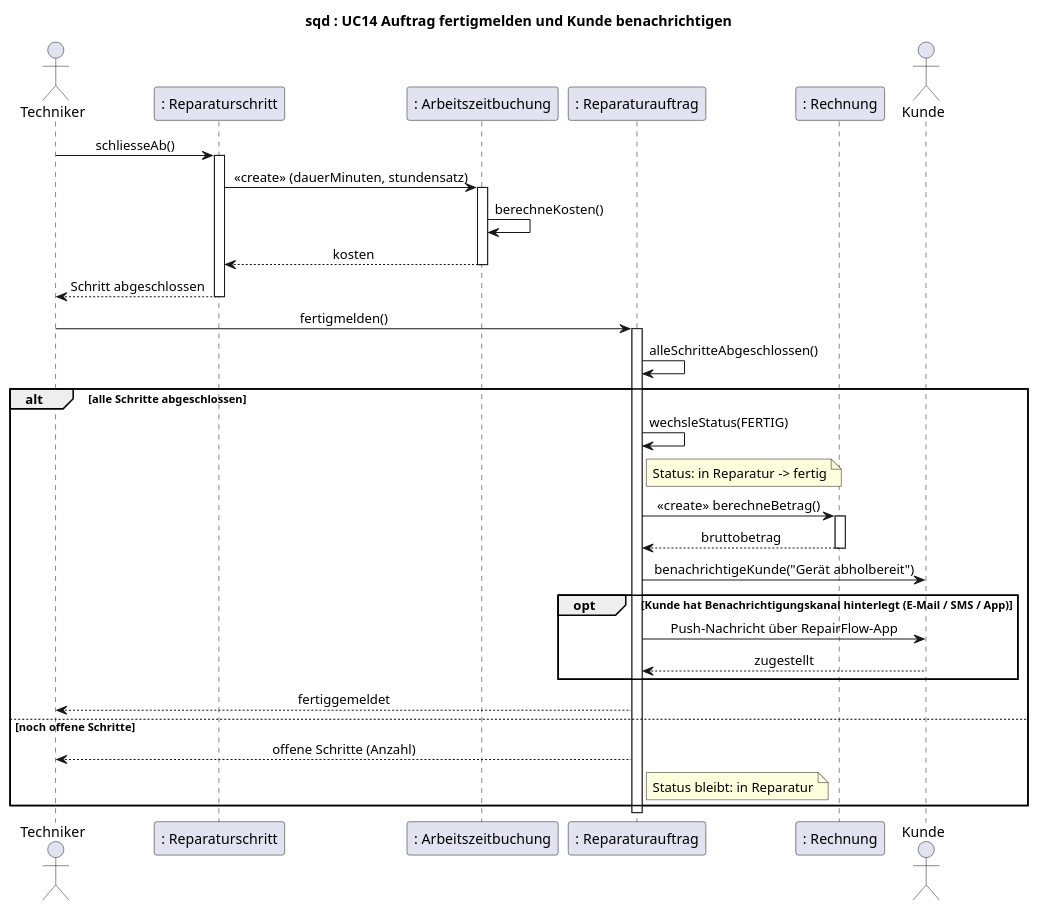
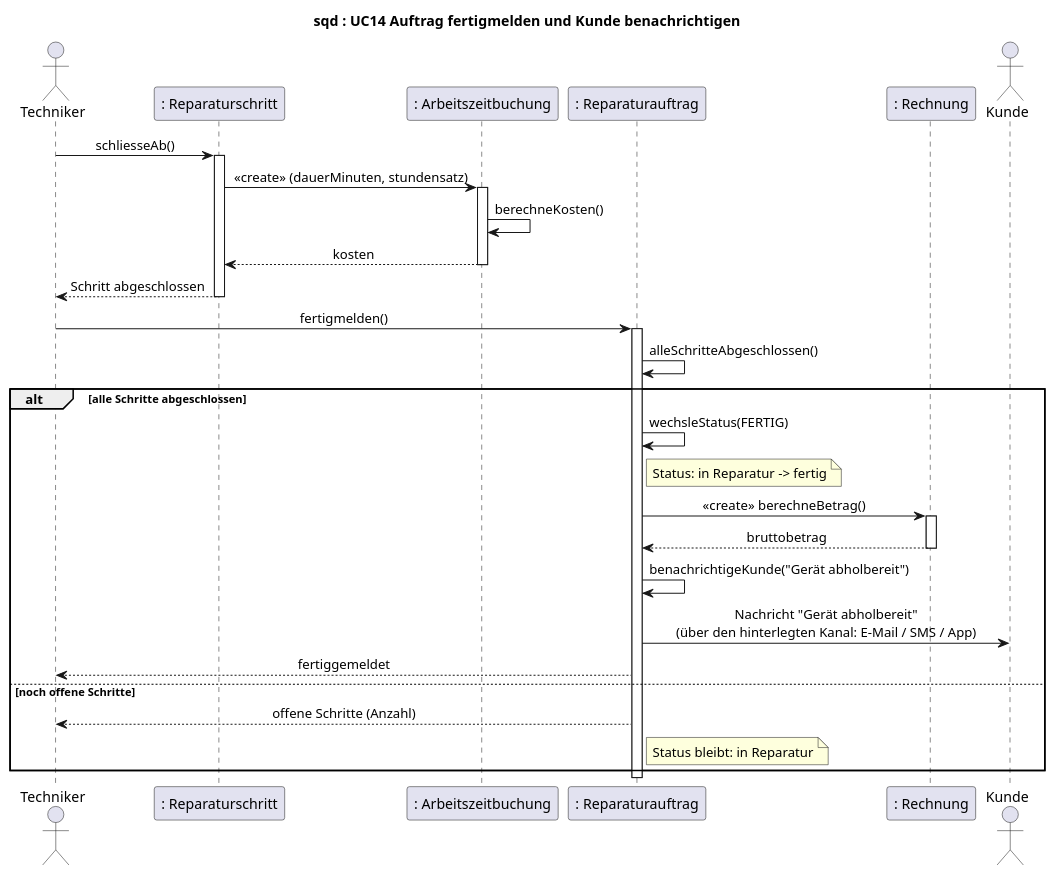
The diagram in uml/sequenz-04-fertigmeldung.puml (jakobschwan123-cmd/casestudy-semester-3), drawn with PlantUML before and after one commit. The commit also changed 72 other files, not shown here.

```diff
--- a/uml/sequenz-04-fertigmeldung.puml
+++ b/uml/sequenz-04-fertigmeldung.puml
@@ -1,43 +1,40 @@
 @startuml
 title sqd : UC14 Auftrag fertigmelden und Kunde benachrichtigen
 skinparam defaultFontName Arial
 skinparam sequenceMessageAlign center
 actor Techniker
 participant ": Reparaturschritt" as RS
 participant ": Arbeitszeitbuchung" as AZB
 participant ": Reparaturauftrag" as RA
 participant ": Rechnung" as RE
 actor Kunde
 
 Techniker -> RS : schliesseAb()
 activate RS
 RS -> AZB : <<create>> (dauerMinuten, stundensatz)
 activate AZB
 AZB -> AZB : berechneKosten()
 AZB --> RS : kosten
 deactivate AZB
 RS --> Techniker : Schritt abgeschlossen
 deactivate RS
 
 Techniker -> RA : fertigmelden()
 activate RA
 RA -> RA : alleSchritteAbgeschlossen()
 alt alle Schritte abgeschlossen
     RA -> RA : wechsleStatus(FERTIG)
     note right of RA : Status: in Reparatur -> fertig
     RA -> RE : <<create>> berechneBetrag()
     activate RE
     RE --> RA : bruttobetrag
     deactivate RE
-    RA -> Kunde : benachrichtigeKunde("Gerät abholbereit")
-    opt Kunde hat Benachrichtigungskanal hinterlegt (E-Mail / SMS / App)
-        RA -> Kunde : Push-Nachricht über RepairFlow-App
-        Kunde --> RA : zugestellt
-    end
+    RA -> RA : benachrichtigeKunde("Gerät abholbereit")
+    RA -> Kunde : Nachricht "Gerät abholbereit"\n(über den hinterlegten Kanal: E-Mail / SMS / App)
     RA --> Techniker : fertiggemeldet
 else noch offene Schritte
     RA --> Techniker : offene Schritte (Anzahl)
     note right of RA : Status bleibt: in Reparatur
 end
 deactivate RA
 @enduml
```
